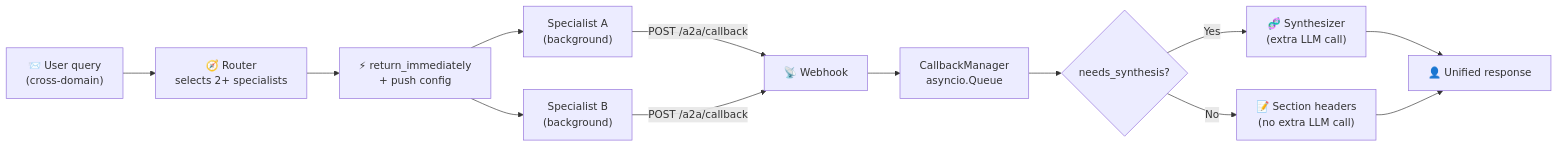
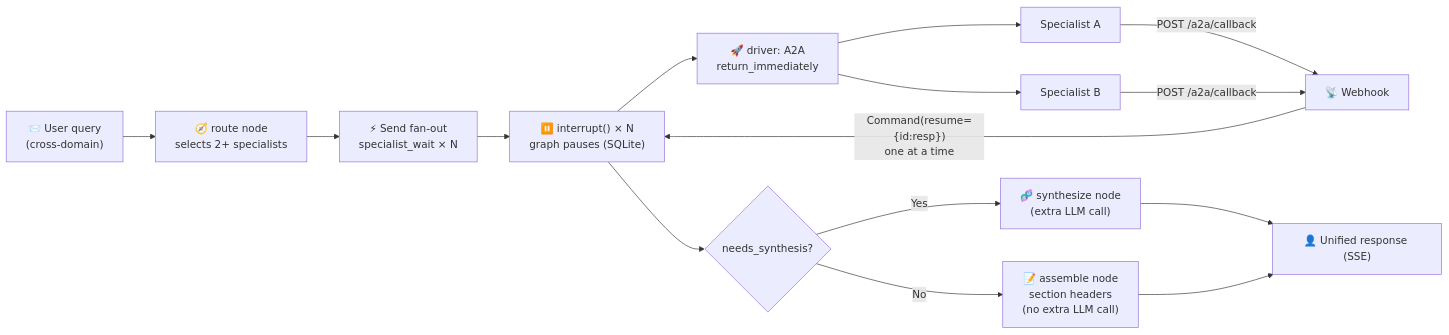
One commit to chandra447/nimbus-chat changed the seventh of 7 diagrams in README.md. Above: the diagram before and after it, drawn with Mermaid. The commit also changed other lines of this file and 4 other files, not shown here.

First line of the commit message:
Update docs for LangGraph StateGraph + interrupt + plain SSE architecture

````diff
--- a/README.md
+++ b/README.md
@@ -341,15 +342,17 @@
 ```mermaid
 graph LR
-    Q["📨 User query<br/>(cross-domain)"] --> R["🧭 Router<br/>selects 2+ specialists"]
-    R --> F["⚡ return_immediately<br/>+ push config"]
-    F --> S1["Specialist A<br/>(background)"]
-    F --> S2["Specialist B<br/>(background)"]
+    Q["📨 User query<br/>(cross-domain)"] --> R["🧭 route node<br/>selects 2+ specialists"]
+    R --> F["⚡ Send fan-out<br/>specialist_wait × N"]
+    F --> INT["⏸️ interrupt() × N<br/>graph pauses (SQLite)"]
+    INT --> DRV["🚀 driver: A2A<br/>return_immediately"]
+    DRV --> S1["Specialist A"]
+    DRV --> S2["Specialist B"]
     S1 -->|"POST /a2a/callback"| WH["📡 Webhook"]
     S2 -->|"POST /a2a/callback"| WH
-    WH --> CM["CallbackManager<br/>asyncio.Queue"]
-    CM --> SC{"needs_synthesis?"}
-    SC -->|Yes| SY["🧬 Synthesizer<br/>(extra LLM call)"]
-    SC -->|No| SE["📝 Section headers<br/>(no extra LLM call)"]
-    SY --> U["👤 Unified response"]
+    WH -->|"Command(resume={id:resp})<br/>one at a time"| INT
+    INT --> SC{"needs_synthesis?"}
+    SC -->|Yes| SY["🧬 synthesize node<br/>(extra LLM call)"]
+    SC -->|No| SE["📝 assemble node<br/>section headers<br/>(no extra LLM call)"]
+    SY --> U["👤 Unified response (SSE)"]
     SE --> U
 ```
````
